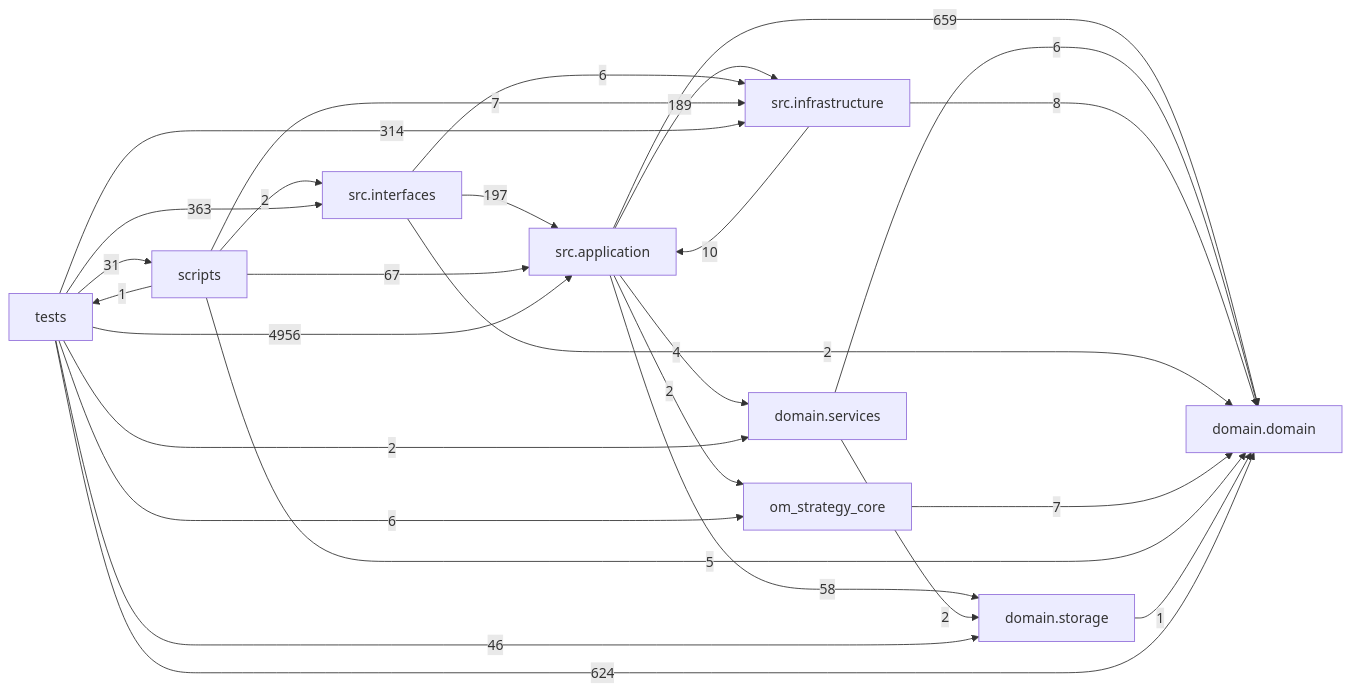
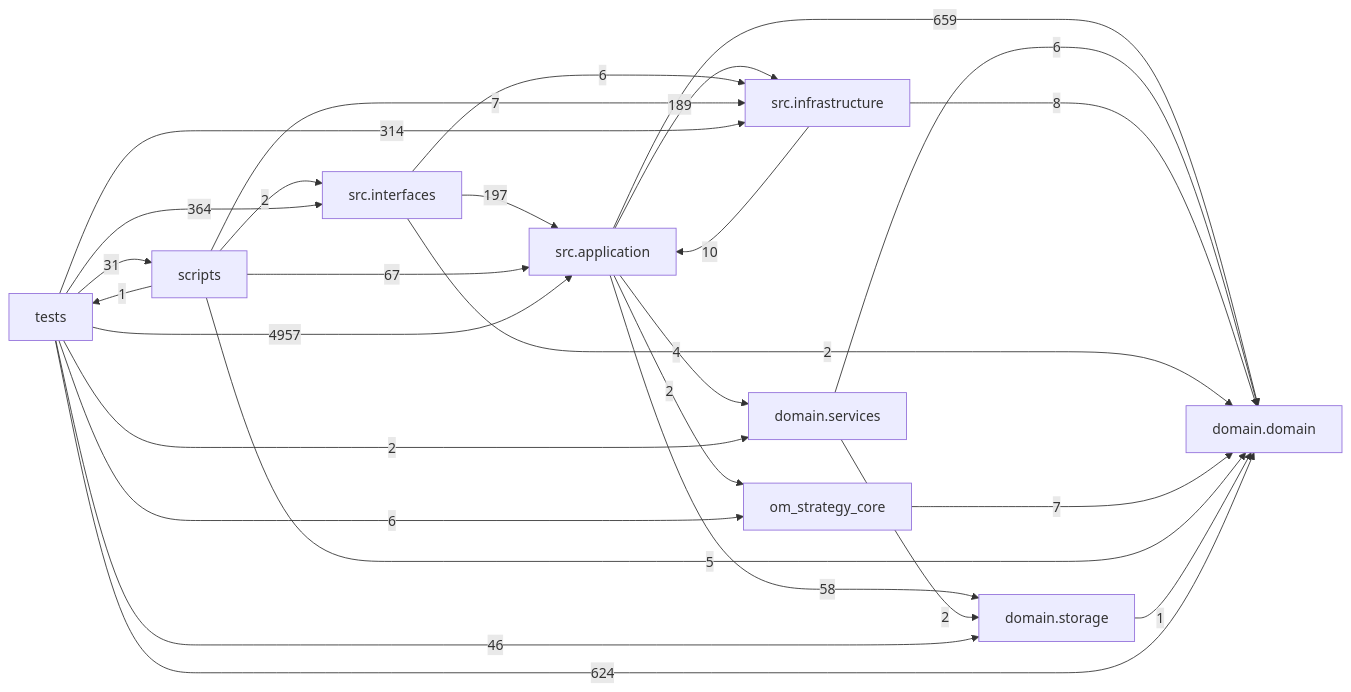
The diagram in docs/DEPENDENCY_GRAPH.md (liuxie066/options-monitor), drawn with Mermaid before and after one commit. The commit also changed other lines of this file and 3 other files, not shown here.

````diff
--- a/docs/DEPENDENCY_GRAPH.md
+++ b/docs/DEPENDENCY_GRAPH.md
@@ -24,38 +24,38 @@
 ```mermaid
 flowchart LR
   tests["tests"]
   scripts["scripts"]
   interfaces["src.interfaces"]
   application["src.application"]
   infrastructure["src.infrastructure"]
   domain_services["domain.services"]
   domain["domain.domain"]
   storage["domain.storage"]
   application -->|659| domain
   application -->|4| domain_services
   application -->|189| infrastructure
   application -->|2| om_strategy_core
   application -->|58| storage
   domain_services -->|6| domain
   domain_services -->|2| storage
   infrastructure -->|10| application
   infrastructure -->|8| domain
   interfaces -->|197| application
   interfaces -->|2| domain
   interfaces -->|6| infrastructure
   om_strategy_core -->|7| domain
   scripts -->|67| application
   scripts -->|5| domain
   scripts -->|7| infrastructure
   scripts -->|2| interfaces
   scripts -->|1| tests
   storage -->|1| domain
-  tests -->|4956| application
+  tests -->|4957| application
   tests -->|624| domain
   tests -->|2| domain_services
   tests -->|314| infrastructure
-  tests -->|363| interfaces
+  tests -->|364| interfaces
   tests -->|6| om_strategy_core
   tests -->|31| scripts
   tests -->|46| storage
 ```
````
